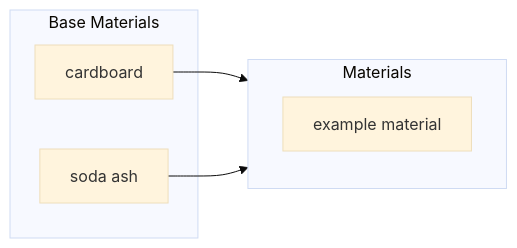
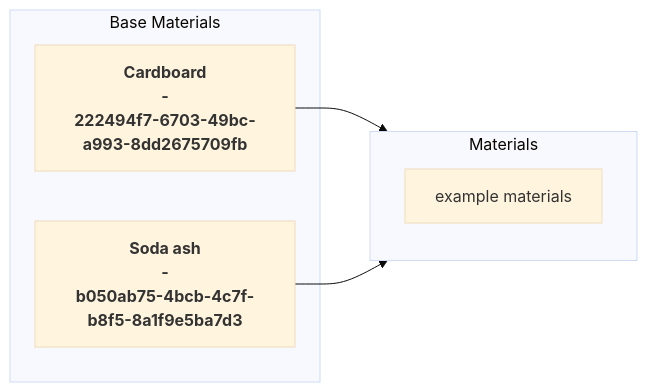
Before and after one commit to OpenDataManchester/Open3P: the second of 2 diagrams in docs/3_Data_Specification/3_1_Base_Materials.md, drawn with Mermaid (base theme). The commit also changed other lines of this file, not shown here.

Commit message:
Add data, data flow to base materials

````diff
--- a/docs/3_Data_Specification/3_1_Base_Materials.md
+++ b/docs/3_Data_Specification/3_1_Base_Materials.md
@@ -107,12 +107,16 @@
 ``` mermaid
 flowchart LR
     subgraph baseMaterials[Base Materials]
-        bm_cardboard[cardboard]
-        bm_sodaAsh[soda ash]
+        bm_cardboard["`**Cardboard
+        -
+        222494f7-6703-49bc-a993-8dd2675709fb**`"]
+        bm_sodaAsh["`**Soda ash
+        -
+        b050ab75-4bcb-4c7f-b8f5-8a1f9e5ba7d3**`"]
     end
     subgraph materials[Materials]
-        ma_cardboard[example material]
+        ma_cardboard[example materials]
     end
     bm_cardboard --> materials
     bm_sodaAsh --> materials
 ```
````
